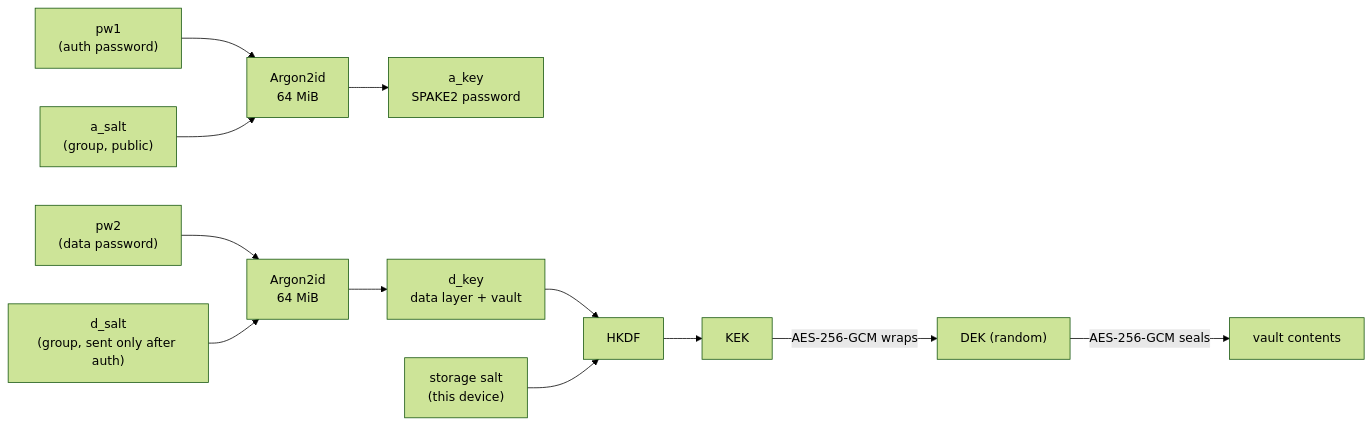
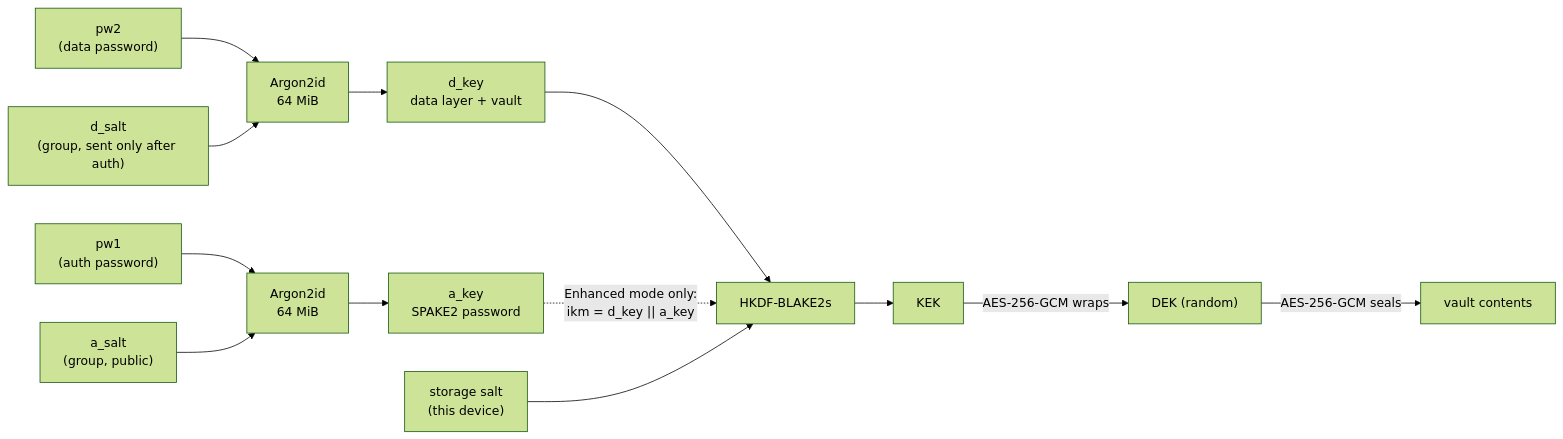
The first of 5 diagrams in docs/diagrams/keys-and-storage.md (czarekkdev/cesaconn), drawn with Mermaid (forest theme) before and after one commit. The commit also changed other lines of this file and 6 other files, not shown here.

First line of the commit message:
docs(daemon, diagrams, readme): own vault salts and Enhanced security

````diff
--- a/docs/diagrams/keys-and-storage.md
+++ b/docs/diagrams/keys-and-storage.md
@@ -6,16 +8,17 @@
 ```mermaid
 flowchart LR
     pw1["pw1<br/>(auth password)"] --> a_argon["Argon2id<br/>64 MiB"]
     a_salt["a_salt<br/>(group, public)"] --> a_argon
     a_argon --> a_key["a_key<br/>SPAKE2 password"]
 
     pw2["pw2<br/>(data password)"] --> d_argon["Argon2id<br/>64 MiB"]
     d_salt["d_salt<br/>(group, sent only after auth)"] --> d_argon
     d_argon --> d_key["d_key<br/>data layer + vault"]
 
-    d_key --> hkdf["HKDF"]
+    d_key --> hkdf["HKDF-BLAKE2s"]
+    a_key -. "Enhanced mode only:<br/>ikm = d_key || a_key" .-> hkdf
     s_salt["storage salt<br/>(this device)"] --> hkdf
     hkdf --> kek["KEK"]
     kek -- "AES-256-GCM wraps" --> dek["DEK (random)"]
     dek -- "AES-256-GCM seals" --> contents["vault contents"]
 ```
````
